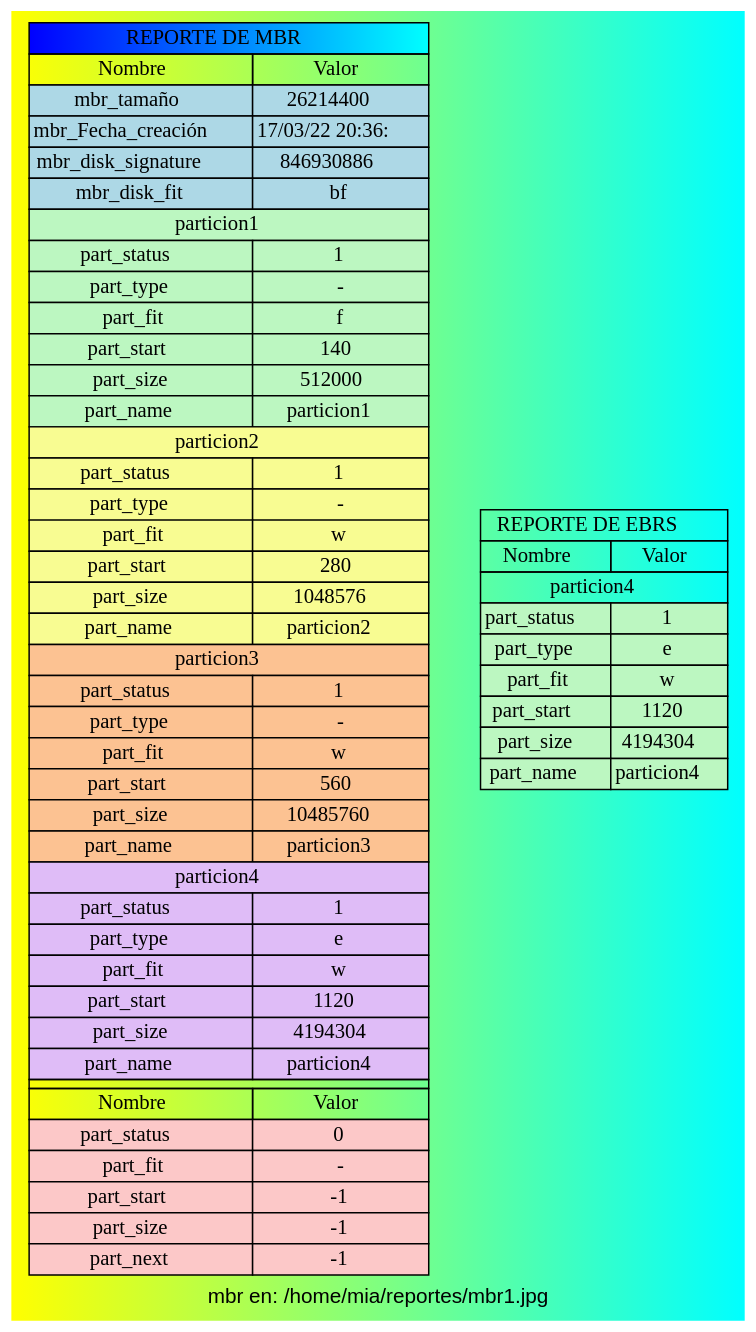
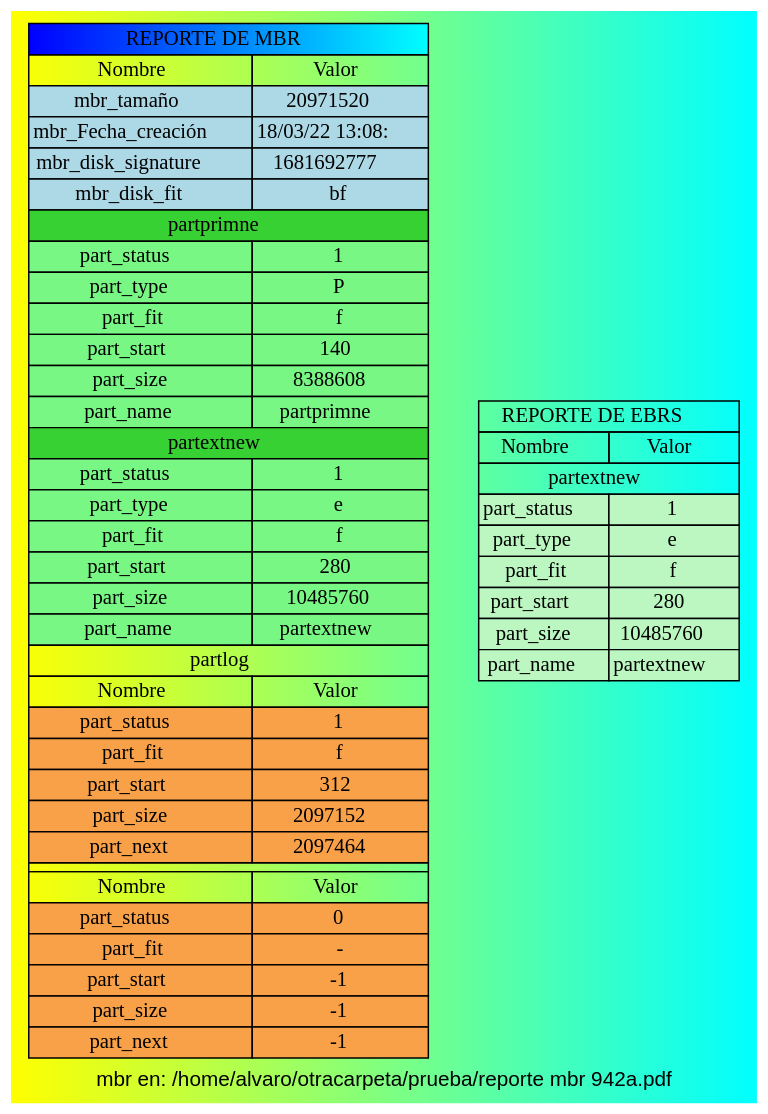
The diagram in src/REPORTE_MBR_202000194.dot (Alvaro-SP/-MIA-B-_Proyecto1_202000194), drawn with Graphviz before and after one commit. The commit also changed 23 other files, not shown here.

```diff
--- a/src/REPORTE_MBR_202000194.dot
+++ b/src/REPORTE_MBR_202000194.dot
@@ -1,69 +1,62 @@
 digraph migraph{
-     bgcolor="yellow:cyan"     gradientangle=0    label="mbr en: /home/mia/reportes/mbr1.jpg"    fontcolor="black"    fontname="Helvetica,Arial,sans-serif"
+     bgcolor="yellow:cyan"     gradientangle=0    label="mbr en: /home/alvaro/otracarpeta/prueba/reporte mbr 942a.pdf"    fontcolor="black"    fontname="Helvetica,Arial,sans-serif"
 
 tbl [
 shape=plaintext
  label=<
 <table border='0' cellborder='1' cellspacing='0'>
 <tr><td colspan="3" bgcolor="blue:cyan">REPORTE DE MBR</td></tr>
 <th><td>Nombre</td><td>Valor</td></th>
-<tr><td bgcolor="lightblue">mbr_tamaño</td><td bgcolor="lightblue">26214400</td></tr>
-<tr><td bgcolor="lightblue">mbr_Fecha_creación</td><td bgcolor="lightblue">17/03/22 20:36:</td></tr>
-<tr><td bgcolor="lightblue">mbr_disk_signature</td><td bgcolor="lightblue">846930886</td></tr>
+<tr><td bgcolor="lightblue">mbr_tamaño</td><td bgcolor="lightblue">20971520</td></tr>
+<tr><td bgcolor="lightblue">mbr_Fecha_creación</td><td bgcolor="lightblue">18/03/22 13:08:</td></tr>
+<tr><td bgcolor="lightblue">mbr_disk_signature</td><td bgcolor="lightblue">1681692777</td></tr>
 <tr><td bgcolor="lightblue">mbr_disk_fit</td><td bgcolor="lightblue">bf</td></tr>
-<tr><td colspan="2" bgcolor="#bcf7c1">particion1</td></tr>
-<tr><td bgcolor="#bcf7c1">part_status</td><td bgcolor="#bcf7c1">1</td></tr>
-<tr><td bgcolor="#bcf7c1">part_type</td><td bgcolor="#bcf7c1">-</td></tr>
-<tr><td bgcolor="#bcf7c1">part_fit</td><td bgcolor="#bcf7c1">f</td></tr>
-<tr><td bgcolor="#bcf7c1">part_start</td><td bgcolor="#bcf7c1">140</td></tr>
-<tr><td bgcolor="#bcf7c1">part_size</td><td bgcolor="#bcf7c1">512000</td></tr>
-<tr><td bgcolor="#bcf7c1">part_name</td><td bgcolor="#bcf7c1">particion1</td></tr>
-<tr><td colspan="2" bgcolor="#f8fc92">particion2</td></tr>
-<tr><td bgcolor="#f8fc92">part_status</td><td bgcolor="#f8fc92">1</td></tr>
-<tr><td bgcolor="#f8fc92">part_type</td><td bgcolor="#f8fc92">-</td></tr>
-<tr><td bgcolor="#f8fc92">part_fit</td><td bgcolor="#f8fc92">w</td></tr>
-<tr><td bgcolor="#f8fc92">part_start</td><td bgcolor="#f8fc92">280</td></tr>
-<tr><td bgcolor="#f8fc92">part_size</td><td bgcolor="#f8fc92">1048576</td></tr>
-<tr><td bgcolor="#f8fc92">part_name</td><td bgcolor="#f8fc92">particion2</td></tr>
-<tr><td colspan="2" bgcolor="#fcc292">particion3</td></tr>
-<tr><td bgcolor="#fcc292">part_status</td><td bgcolor="#fcc292">1</td></tr>
-<tr><td bgcolor="#fcc292">part_type</td><td bgcolor="#fcc292">-</td></tr>
-<tr><td bgcolor="#fcc292">part_fit</td><td bgcolor="#fcc292">w</td></tr>
-<tr><td bgcolor="#fcc292">part_start</td><td bgcolor="#fcc292">560</td></tr>
-<tr><td bgcolor="#fcc292">part_size</td><td bgcolor="#fcc292">10485760</td></tr>
-<tr><td bgcolor="#fcc292">part_name</td><td bgcolor="#fcc292">particion3</td></tr>
-<tr><td colspan="2" bgcolor="#dfbcf7">particion4</td></tr>
-<tr><td bgcolor="#dfbcf7">part_status</td><td bgcolor="#dfbcf7">1</td></tr>
-<tr><td bgcolor="#dfbcf7">part_type</td><td bgcolor="#dfbcf7">e</td></tr>
-<tr><td bgcolor="#dfbcf7">part_fit</td><td bgcolor="#dfbcf7">w</td></tr>
-<tr><td bgcolor="#dfbcf7">part_start</td><td bgcolor="#dfbcf7">1120</td></tr>
-<tr><td bgcolor="#dfbcf7">part_size</td><td bgcolor="#dfbcf7">4194304</td></tr>
-<tr><td bgcolor="#dfbcf7">part_name</td><td bgcolor="#dfbcf7">particion4</td></tr>
+<tr><td colspan="2" bgcolor="#37D134">partprimne</td></tr>
+<tr><td bgcolor="#79F784">part_status</td><td bgcolor="#79F784">1</td></tr>
+<tr><td bgcolor="#79F784#79F784">part_type</td><td bgcolor="#79F784">P</td></tr>
+<tr><td bgcolor="#79F784">part_fit</td><td bgcolor="#79F784">f</td></tr>
+<tr><td bgcolor="#79F784">part_start</td><td bgcolor="#79F784">140</td></tr>
+<tr><td bgcolor="#79F784">part_size</td><td bgcolor="#79F784">8388608</td></tr>
+<tr><td bgcolor="#79F784">part_name</td><td bgcolor="#79F784">partprimne</td></tr>
+<tr><td colspan="2" bgcolor="#37D134">partextnew</td></tr>
+<tr><td bgcolor="#79F784">part_status</td><td bgcolor="#79F784">1</td></tr>
+<tr><td bgcolor="#79F784#79F784">part_type</td><td bgcolor="#79F784">e</td></tr>
+<tr><td bgcolor="#79F784">part_fit</td><td bgcolor="#79F784">f</td></tr>
+<tr><td bgcolor="#79F784">part_start</td><td bgcolor="#79F784">280</td></tr>
+<tr><td bgcolor="#79F784">part_size</td><td bgcolor="#79F784">10485760</td></tr>
+<tr><td bgcolor="#79F784">part_name</td><td bgcolor="#79F784">partextnew</td></tr>
+<tr><td colspan="3">partlog</td></tr>
+<th><td>Nombre</td><td>Valor</td></th>
+<tr><td bgcolor="#F9A148">part_status</td><td bgcolor="#F9A148">1</td></tr>
+<tr><td bgcolor="#F9A148">part_fit</td><td bgcolor="#F9A148">f</td></tr>
+<tr><td bgcolor="#F9A148">part_start</td><td bgcolor="#F9A148">312</td></tr>
+<tr><td bgcolor="#F9A148">part_size</td><td bgcolor="#F9A148">2097152</td></tr>
+<tr><td bgcolor="#F9A148">part_next</td><td bgcolor="#F9A148">2097464</td></tr>
 <tr><td colspan="3"></td></tr>
 <th><td>Nombre</td><td>Valor</td></th>
-<tr><td bgcolor="#fcc8c8">part_status</td><td bgcolor="#fcc8c8">0</td></tr>
-<tr><td bgcolor="#fcc8c8">part_fit</td><td bgcolor="#fcc8c8">-</td></tr>
-<tr><td bgcolor="#fcc8c8">part_start</td><td bgcolor="#fcc8c8">-1</td></tr>
-<tr><td bgcolor="#fcc8c8">part_size</td><td bgcolor="#fcc8c8">-1</td></tr>
-<tr><td bgcolor="#fcc8c8">part_next</td><td bgcolor="#fcc8c8">-1</td></tr>
+<tr><td bgcolor="#F9A148">part_status</td><td bgcolor="#F9A148">0</td></tr>
+<tr><td bgcolor="#F9A148">part_fit</td><td bgcolor="#F9A148">-</td></tr>
+<tr><td bgcolor="#F9A148">part_start</td><td bgcolor="#F9A148">-1</td></tr>
+<tr><td bgcolor="#F9A148">part_size</td><td bgcolor="#F9A148">-1</td></tr>
+<tr><td bgcolor="#F9A148">part_next</td><td bgcolor="#F9A148">-1</td></tr>
 </table>
 >];
 
 
 
 tbl3 [
 shape=plaintext
  label=<
 <table border='0' cellborder='1' cellspacing='0'>
 <tr><td colspan="3">REPORTE DE EBRS</td></tr>
 <th><td>Nombre</td><td>Valor</td></th>
-<tr><td colspan="3">particion4</td></tr>
+<tr><td colspan="3">partextnew</td></tr>
 <tr><td bgcolor="#bcf7c1">part_status</td><td bgcolor="#bcf7c1">1</td></tr>
 <tr><td bgcolor="#bcf7c1">part_type</td><td bgcolor="#bcf7c1">e</td></tr>
-<tr><td bgcolor="#bcf7c1">part_fit</td><td bgcolor="#bcf7c1">w</td></tr>
-<tr><td bgcolor="#bcf7c1">part_start</td><td bgcolor="#bcf7c1">1120</td></tr>
-<tr><td bgcolor="#bcf7c1">part_size</td><td bgcolor="#bcf7c1">4194304</td></tr>
-<tr><td bgcolor="#bcf7c1">part_name</td><td bgcolor="#bcf7c1">particion4</td></tr>
+<tr><td bgcolor="#bcf7c1">part_fit</td><td bgcolor="#bcf7c1">f</td></tr>
+<tr><td bgcolor="#bcf7c1">part_start</td><td bgcolor="#bcf7c1">280</td></tr>
+<tr><td bgcolor="#bcf7c1">part_size</td><td bgcolor="#bcf7c1">10485760</td></tr>
+<tr><td bgcolor="#bcf7c1">part_name</td><td bgcolor="#bcf7c1">partextnew</td></tr>
 </table>
 >];
 }
```
